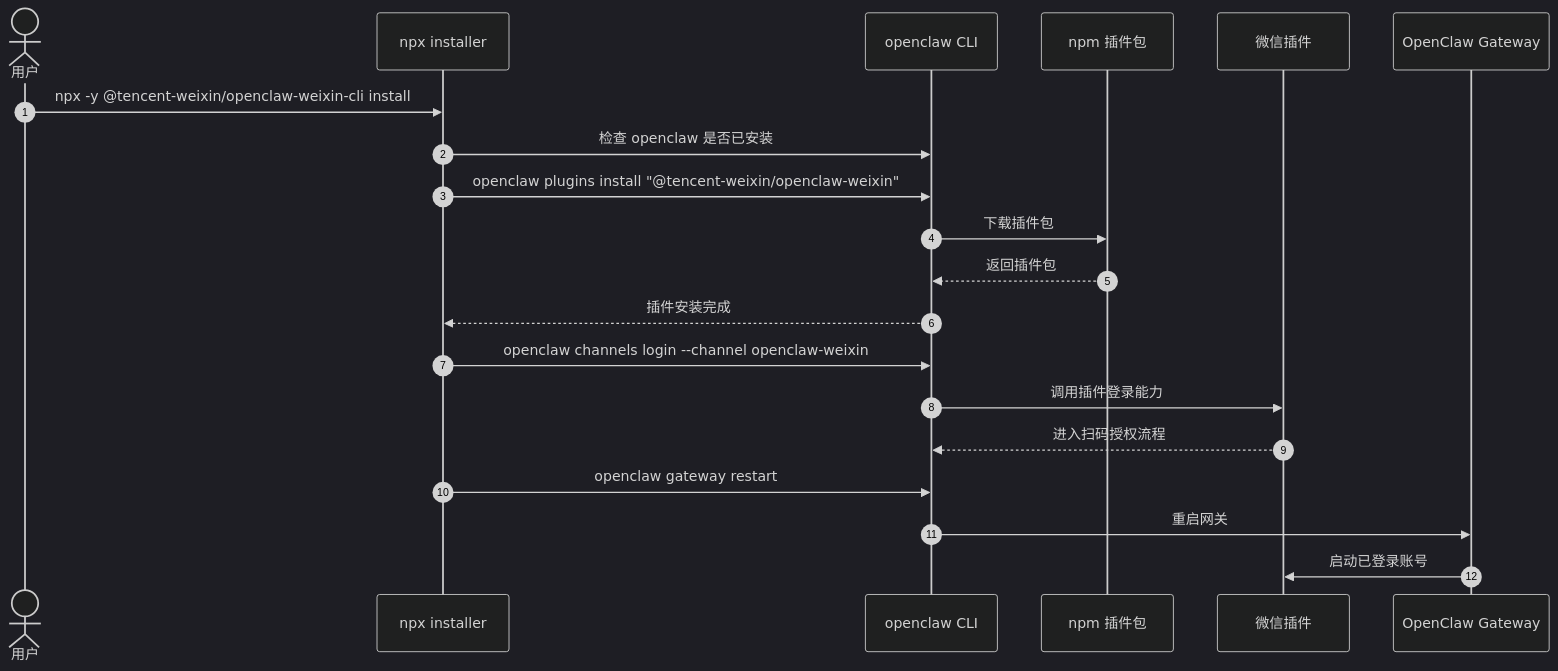
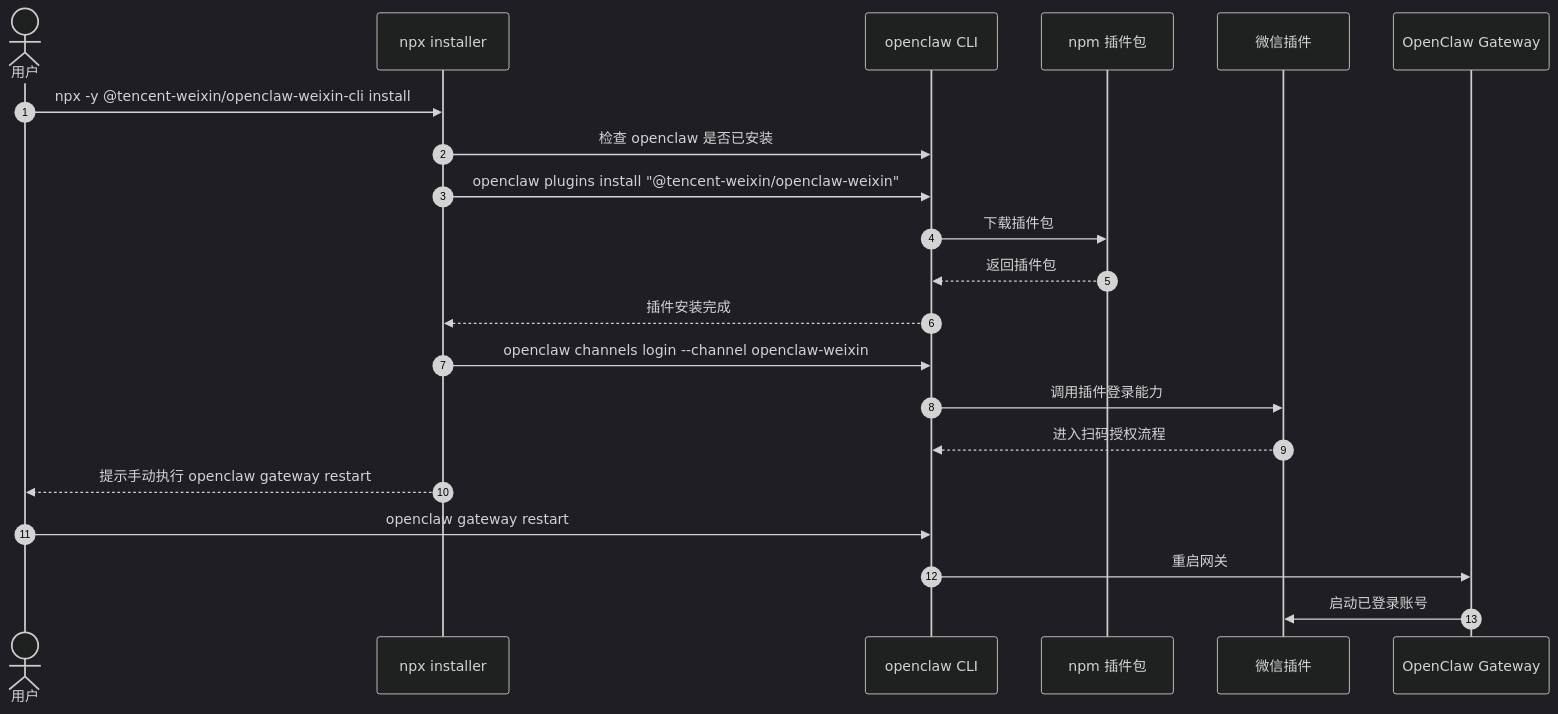
One commit to yuzhangCZ/agent-plugin changed the first of 2 diagrams in plugins/message-bridge-openclaw/docs/topics/mb-p0-weixin-openclaw-install-login-reference-requirements.md. Above: the diagram before and after it, drawn with Mermaid (dark theme). The commit also changed other lines of this file and 87 other files, not shown here.

````diff
--- a/plugins/message-bridge-openclaw/docs/topics/mb-p0-weixin-openclaw-install-login-reference-requirements.md
+++ b/plugins/message-bridge-openclaw/docs/topics/mb-p0-weixin-openclaw-install-login-reference-requirements.md
@@ -50,25 +50,26 @@
 ```mermaid
 sequenceDiagram
     autonumber
     actor User as 用户
     participant NPX as npx installer
     participant OC as openclaw CLI
     participant NPM as npm 插件包
     participant Plugin as 微信插件
     participant Gateway as OpenClaw Gateway
 
     User->>NPX: npx -y @tencent-weixin/openclaw-weixin-cli install
     NPX->>OC: 检查 openclaw 是否已安装
     NPX->>OC: openclaw plugins install "@tencent-weixin/openclaw-weixin"
     OC->>NPM: 下载插件包
     NPM-->>OC: 返回插件包
     OC-->>NPX: 插件安装完成
 
     NPX->>OC: openclaw channels login --channel openclaw-weixin
     OC->>Plugin: 调用插件登录能力
     Plugin-->>OC: 进入扫码授权流程
 
-    NPX->>OC: openclaw gateway restart
+    NPX-->>User: 提示手动执行 openclaw gateway restart
+    User->>OC: openclaw gateway restart
     OC->>Gateway: 重启网关
     Gateway->>Plugin: 启动已登录账号
 ```
````
